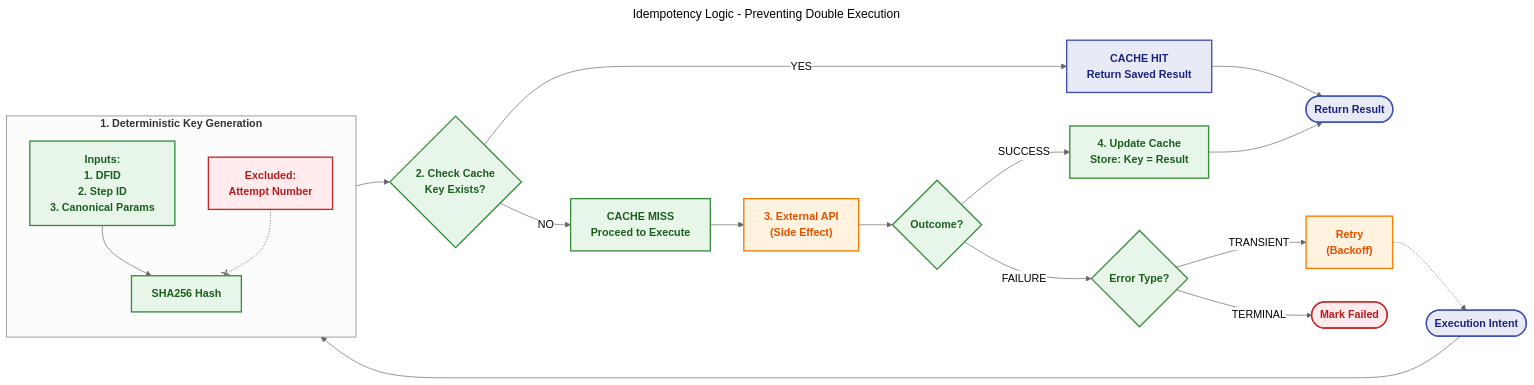
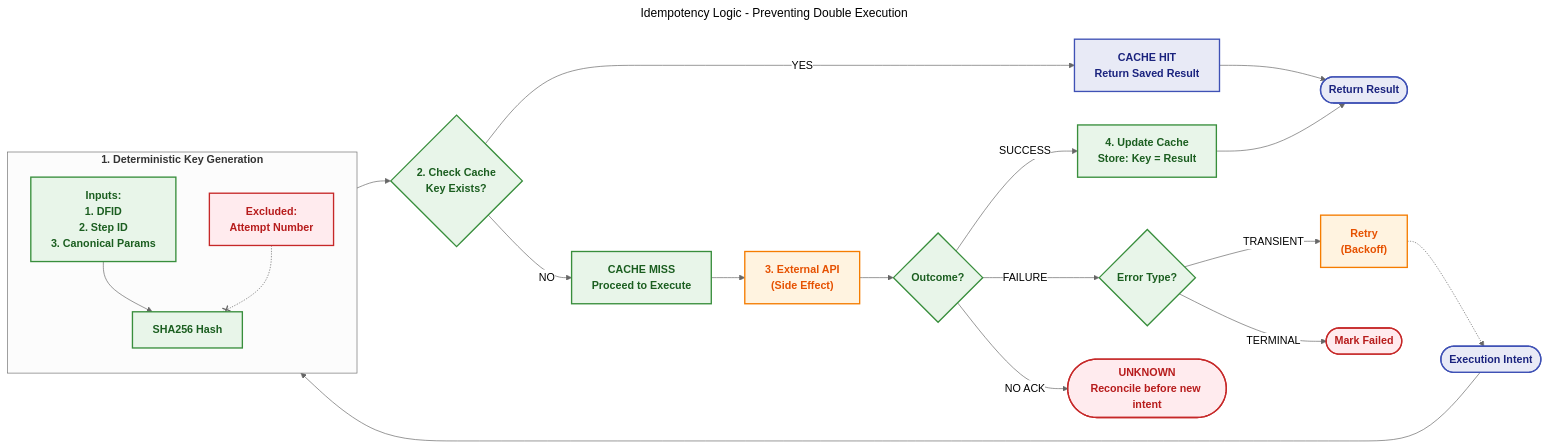
The sixth of 9 diagrams in docs/02-decision-runtime/DIR_Architectural_Pattern.md (huka81/decision-intelligence-runtime), drawn with Mermaid before and after one commit. The commit also changed other lines of this file, not shown here.

````diff
--- a/docs/02-decision-runtime/DIR_Architectural_Pattern.md
+++ b/docs/02-decision-runtime/DIR_Architectural_Pattern.md
@@ -672,44 +672,46 @@
 ```mermaid
 ---
 title: Idempotency Logic - Preventing Double Execution
 config:
   theme: neutral
   look: classic
 ---
 flowchart LR
     classDef userSpace fill:#E8EAF6,stroke:#3F51B5,stroke-width:2px,color:#1A237E,font-weight:bold;
     classDef kernelSpace fill:#E8F5E9,stroke:#388E3C,stroke-width:2px,color:#1B5E20,font-weight:bold;
     classDef infraSpace fill:#FFF3E0,stroke:#F57C00,stroke-width:2px,color:#E65100,font-weight:bold;
     classDef stop fill:#FFEBEE,stroke:#C62828,stroke-width:2px,color:#B71C1C,font-weight:bold;
 
     Intent(["`**Execution Intent**`"]):::userSpace
 
     subgraph Key_Logic ["`**1. Deterministic Key Generation**`"]
         direction TB
         Inputs["`**Inputs:**<br/>1. DFID<br/>2. Step ID<br/>3. Canonical Params`"]:::kernelSpace
         NoSalt["`**Excluded:**<br/>Attempt Number`"]:::stop
         Hash["`**SHA256 Hash**`"]:::kernelSpace
         
         Inputs --> Hash
         NoSalt -.-x Hash
     end
 
     Intent --> Key_Logic
     Hash --> Check{"`**2. Check Cache**<br/>Key Exists?`"}:::kernelSpace
 
     Check -- YES --> Hit["`**CACHE HIT**<br/>Return Saved Result`"]:::userSpace
     Check -- NO --> Miss["`**CACHE MISS**<br/>Proceed to Execute`"]:::kernelSpace
 
     Miss --> API["`**3. External API**<br/>(Side Effect)`"]:::infraSpace
     API --> Result{"`**Outcome?**`"}:::kernelSpace
 
     Result -- SUCCESS --> Persist["`**4. Update Cache**<br/>Store: Key = Result`"]:::kernelSpace
     Persist --> Output(["`**Return Result**`"]):::userSpace
     Hit --> Output
 
     Result -- FAILURE --> Handler{"`**Error Type?**`"}:::kernelSpace
     Handler -- TRANSIENT --> Retry["`**Retry**<br/>(Backoff)`"]:::infraSpace
     Handler -- TERMINAL --> Abort(["`**Mark Failed**`"]):::stop
-    
+
+    Result -- NO ACK --> Unknown(["`**UNKNOWN**<br/>Reconcile before new intent`"]):::stop
+
     Retry -.-> Intent
 ```
````
